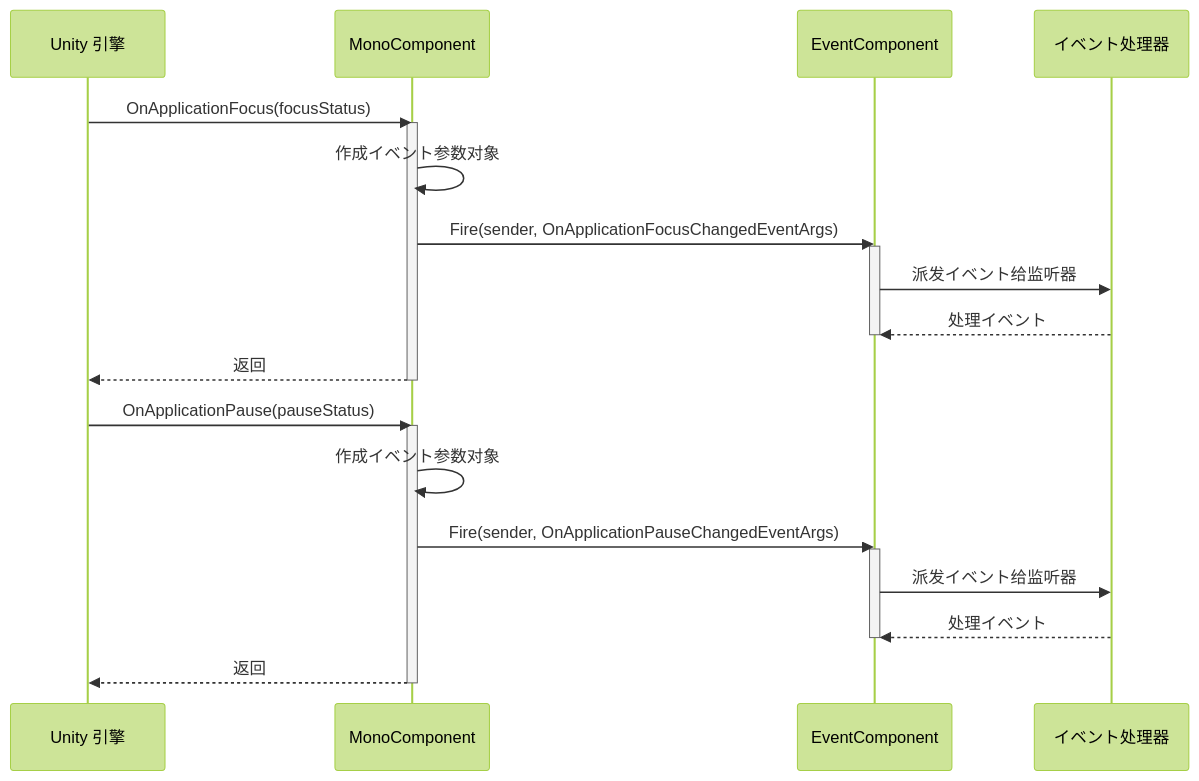
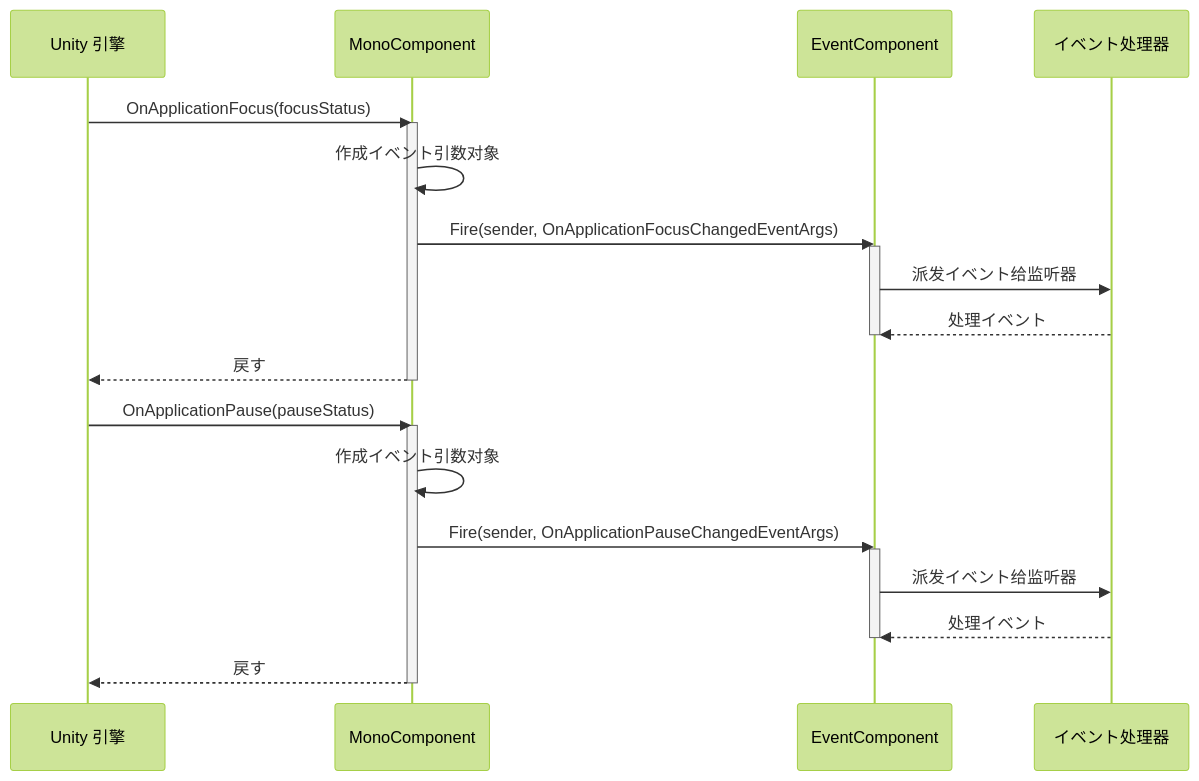
Before and after one commit to AlianBlank/GameFrameX.Docs: the second of 2 diagrams in docs/ja/client/unity/component/mono/04.event-types.md, drawn with Mermaid (forest theme). The commit also changed other lines of this file and 320 other files, not shown here.

````diff
--- a/docs/ja/client/unity/component/mono/04.event-types.md
+++ b/docs/ja/client/unity/component/mono/04.event-types.md
@@ -164,29 +164,29 @@
 ```mermaid
 sequenceDiagram
     participant Unity as Unity 引擎
     participant MC as MonoComponent
     participant EM as EventComponent
     participant Handler as イベント处理器
 
     Unity->>MC: OnApplicationFocus(focusStatus)
     activate MC
-    MC->>MC: 作成イベント参数对象
+    MC->>MC: 作成イベント引数对象
     MC->>EM: Fire(sender, OnApplicationFocusChangedEventArgs)
     activate EM
     EM->>Handler: 派发イベント给监听器
     Handler-->>EM: 处理イベント
     deactivate EM
-    MC-->>Unity: 返回
+    MC-->>Unity: 戻す
     deactivate MC
     
     Unity->>MC: OnApplicationPause(pauseStatus)
     activate MC
-    MC->>MC: 作成イベント参数对象
+    MC->>MC: 作成イベント引数对象
     MC->>EM: Fire(sender, OnApplicationPauseChangedEventArgs)
     activate EM
     EM->>Handler: 派发イベント给监听器
     Handler-->>EM: 处理イベント
     deactivate EM
-    MC-->>Unity: 返回
+    MC-->>Unity: 戻す
     deactivate MC
 ```
````
